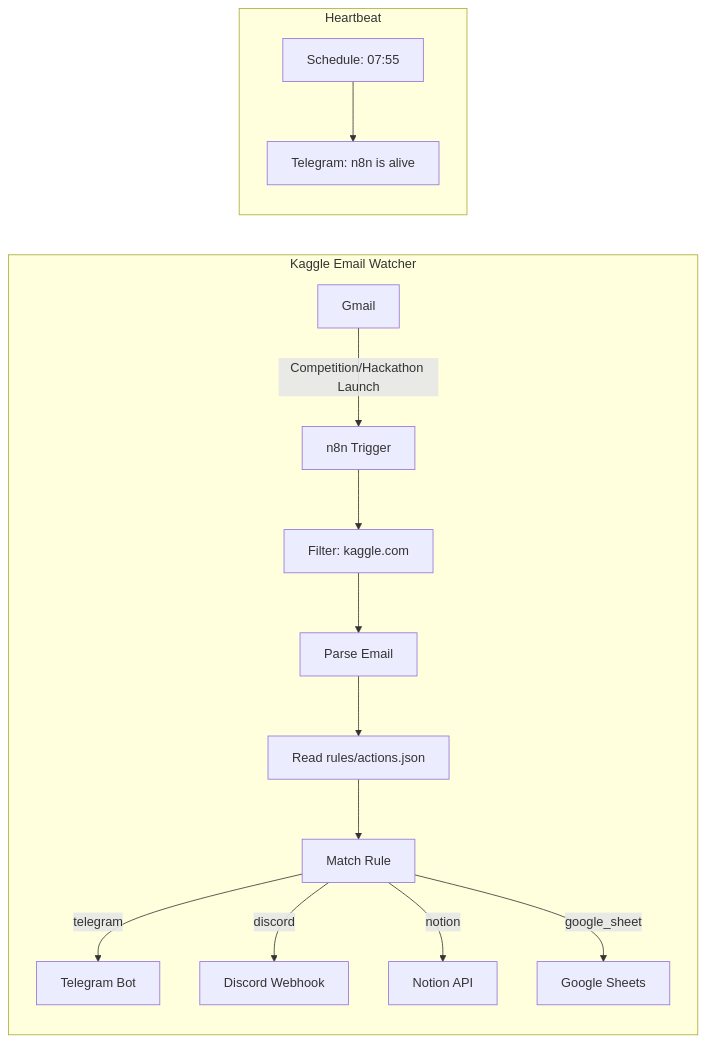
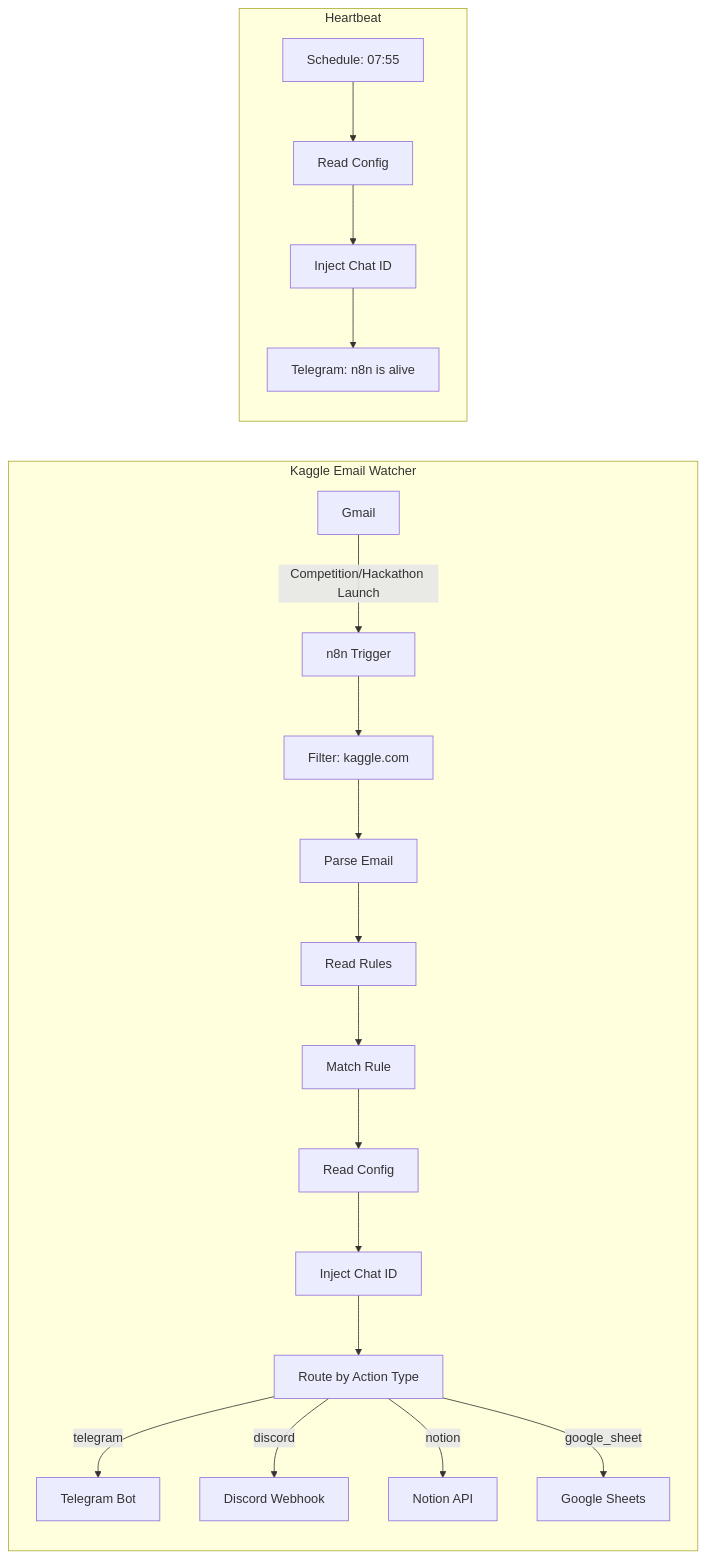
The diagram in README.md (benoit-bremaud/n8n-kaggle-watcher), drawn with Mermaid before and after one commit. The commit also changed other lines of this file, not shown here.

Commit message:
docs: update README architecture diagram and CI section
- Update Mermaid diagram with Read Config, Inject Chat ID, and
  Route by Action Type nodes (reflects PR #21 dynamic chat_id)
- Update Heartbeat subgraph with Read Config + Inject Chat ID
- Update CI section: document all 3 jobs (JSON Validation, Lint,
  Secret Detection) and add make lint/check commands

````diff
--- a/README.md
+++ b/README.md
@@ -12,18 +12,23 @@
 ```mermaid
 flowchart LR
     subgraph Kaggle Email Watcher
         A[Gmail] -->|Competition/Hackathon Launch| B[n8n Trigger]
         B --> C[Filter: kaggle.com]
         C --> D[Parse Email]
-        D --> E[Read rules/actions.json]
+        D --> E[Read Rules]
         E --> F[Match Rule]
-        F -->|telegram| G[Telegram Bot]
-        F -->|discord| H[Discord Webhook]
-        F -->|notion| I[Notion API]
-        F -->|google_sheet| J[Google Sheets]
+        F --> G[Read Config]
+        G --> H[Inject Chat ID]
+        H --> I[Route by Action Type]
+        I -->|telegram| J[Telegram Bot]
+        I -->|discord| K[Discord Webhook]
+        I -->|notion| L[Notion API]
+        I -->|google_sheet| M[Google Sheets]
     end
 
     subgraph Heartbeat
-        K[Schedule: 07:55] --> L[Telegram: n8n is alive]
+        N[Schedule: 07:55] --> O[Read Config]
+        O --> P[Inject Chat ID]
+        P --> Q[Telegram: n8n is alive]
     end
 ```
````
